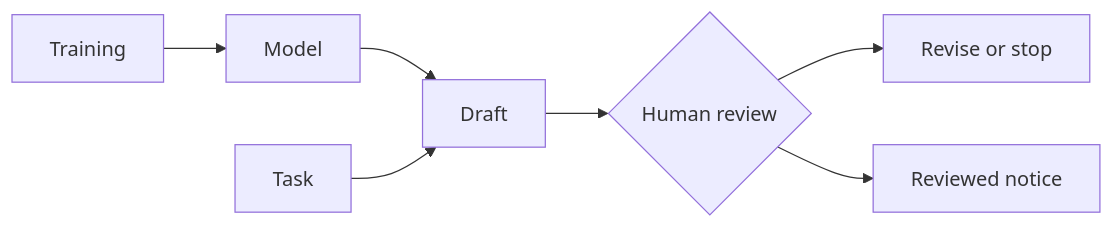
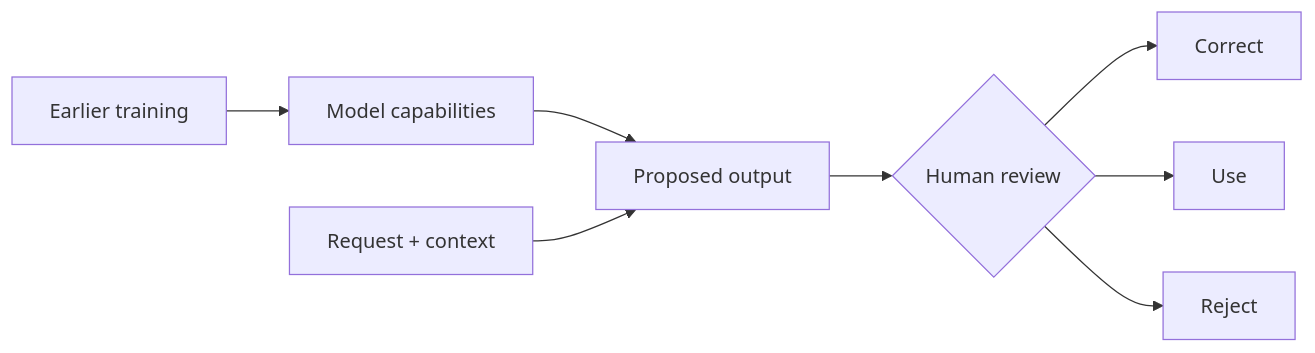
One commit to Ange230700/ibm-ai-foundations-for-everyone-notes changed the diagram in teaching/visuals/s02/en/model-workflow.mmd. Above: the diagram before and after it, drawn with Mermaid. The commit also changed 7 other files, not shown here.

```diff
--- a/teaching/visuals/s02/en/model-workflow.mmd
+++ b/teaching/visuals/s02/en/model-workflow.mmd
@@ -1,7 +1,8 @@
 flowchart LR
- A["Training"] --> B["Model"]
- B --> C["Draft"]
- D["Task"] --> C
- C --> E{"Human review"}
- E --> F["Revise or stop"]
- E --> G["Reviewed notice"]
+ A["Earlier training"] --> B["Model capabilities"]
+ B --> D["Proposed output"]
+ C["Request + context"] --> D
+ D --> E{"Human review"}
+ E --> F["Correct"]
+ E --> G["Use"]
+ E --> H["Reject"]
```
